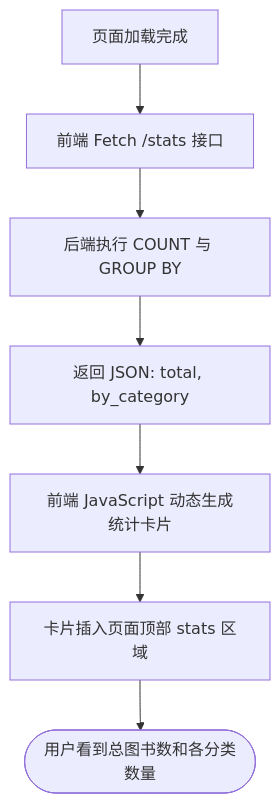
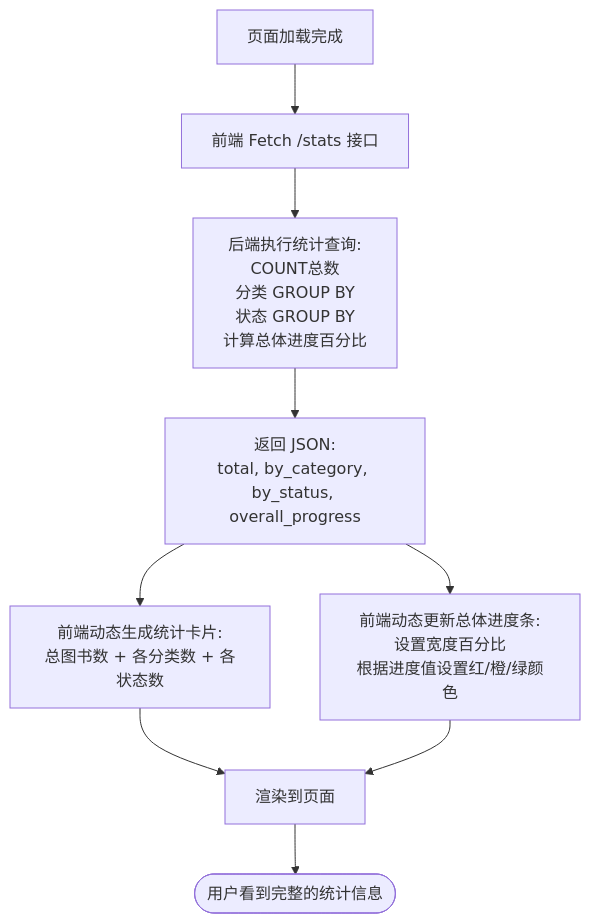
Diagram 11 of 12 in docs/requirements/业务流程图.md (immortal-water/iw_book_manager), drawn with Mermaid before and after one commit. The commit also changed other lines of this file and 4 other files, not shown here.

````diff
--- a/docs/requirements/业务流程图.md
+++ b/docs/requirements/业务流程图.md
@@ -113,9 +249,11 @@
 ```mermaid
 flowchart TD
     PageLoad[页面加载完成] --> Fetch[前端 Fetch /stats 接口]
-    Fetch --> Backend[后端执行 COUNT 与 GROUP BY]
-    Backend --> JSON[返回 JSON: total, by_category]
-    JSON --> Render[前端 JavaScript 动态生成统计卡片]
-    Render --> Display[卡片插入页面顶部 stats 区域]
-    Display --> End([用户看到总图书数和各分类数量])
+    Fetch --> Backend[后端执行统计查询:<br/>COUNT总数<br/>分类 GROUP BY<br/>状态 GROUP BY<br/>计算总体进度百分比]
+    Backend --> JSON[返回 JSON:<br/>total, by_category, by_status, overall_progress]
+    JSON --> RenderStats[前端动态生成统计卡片:<br/>总图书数 + 各分类数 + 各状态数]
+    JSON --> RenderProgress[前端动态更新总体进度条:<br/>设置宽度百分比<br/>根据进度值设置红/橙/绿颜色]
+    RenderStats --> Display[渲染到页面]
+    RenderProgress --> Display
+    Display --> End([用户看到完整的统计信息])
 ```
````
